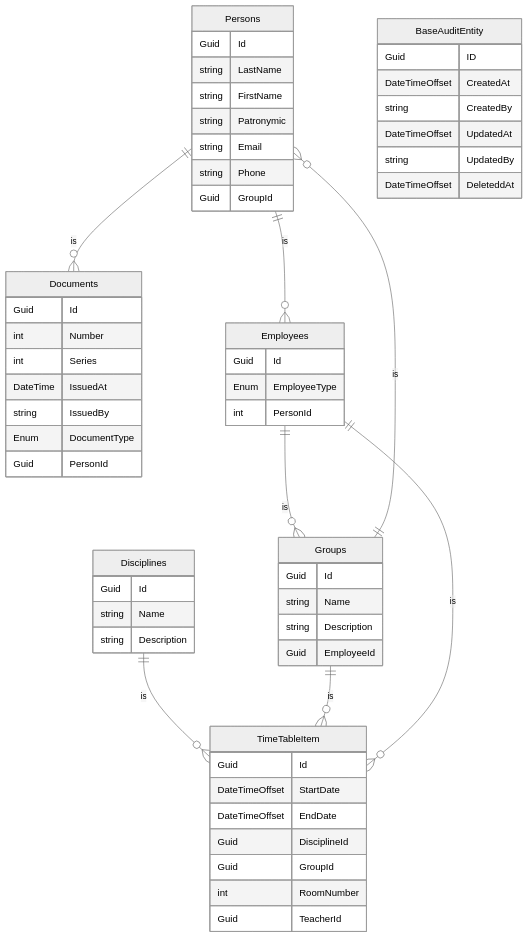
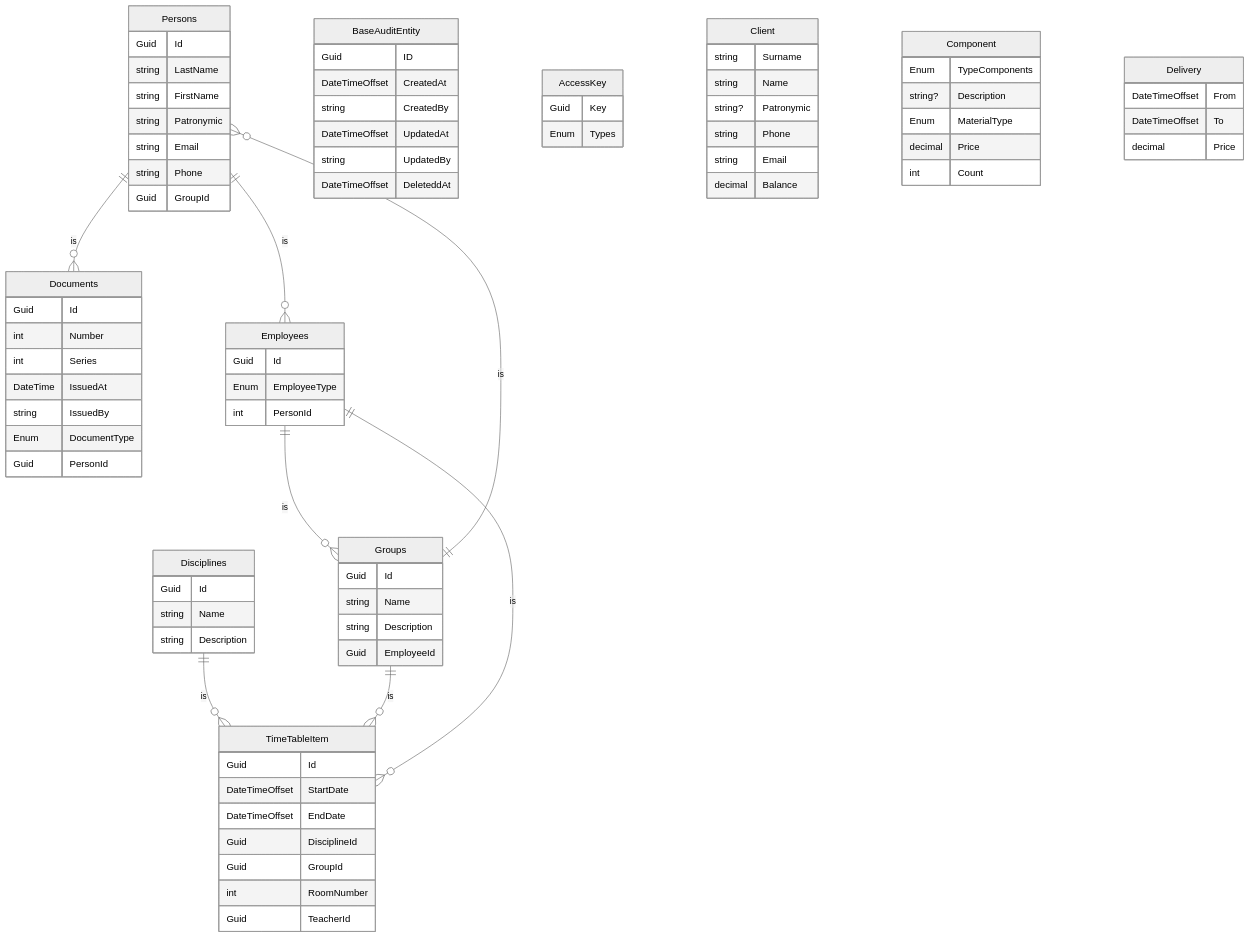
Before and after one commit to SlavaNik16/Accessories_PC_Nik_Api: the diagram in README.md, drawn with Mermaid (neutral theme).

````diff
--- a/README.md
+++ b/README.md
@@ -69,4 +69,29 @@
         string UpdatedBy
         DateTimeOffset DeleteddAt
   }
+   AccessKey {
+        Guid Key
+        Enum Types
+   }
+    Client {
+        string Surname
+        string Name
+        string? Patronymic
+        string Phone
+        string Email
+        decimal Balance
+    }
+    Component {
+        Enum TypeComponents
+        string? Description
+        Enum MaterialType
+        decimal Price
+        int Count
+    }
+     Delivery  {
+        DateTimeOffset From
+        DateTimeOffset To
+        decimal Price
+    }
+   
 ```
````
